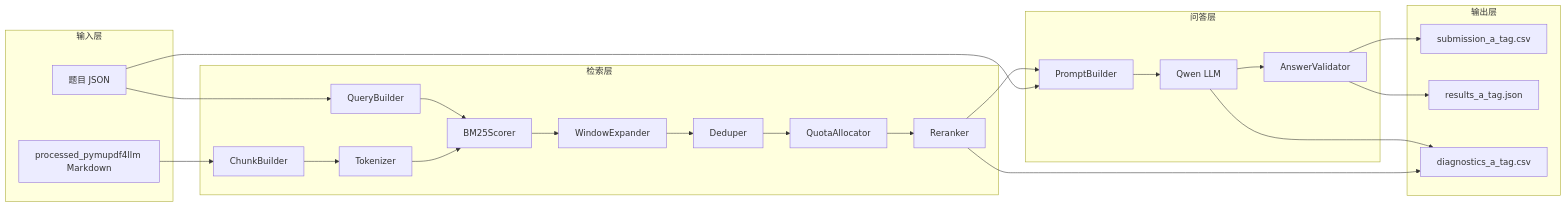
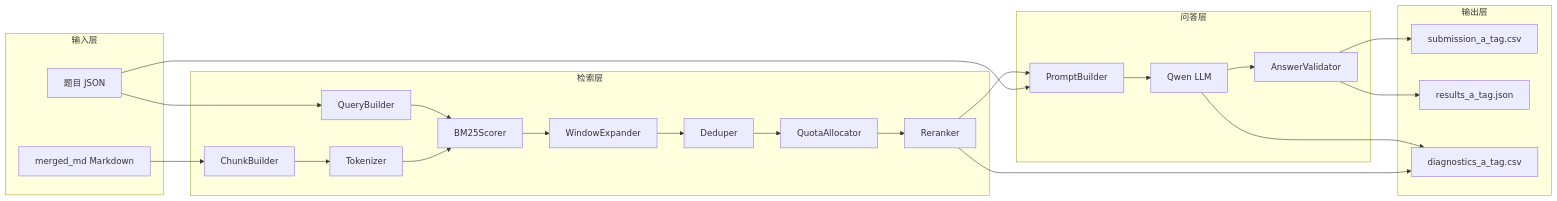
Before and after one commit to wuExin/afac2026-financial-qa: the second of 4 diagrams in docs/bm25_retrieval_design.md, drawn with Mermaid. The commit also changed other lines of this file and 9 other files, not shown here.

````diff
--- a/docs/bm25_retrieval_design.md
+++ b/docs/bm25_retrieval_design.md
@@ -67,48 +67,48 @@
 ```mermaid
 flowchart LR
     subgraph Input[输入层]
         I1[题目 JSON]
-        I2[processed_pymupdf4llm Markdown]
+        I2[merged_md Markdown]
     end
 
     subgraph Retrieval[检索层]
         R1[ChunkBuilder]
         R2[Tokenizer]
         R3[QueryBuilder]
         R4[BM25Scorer]
         R5[WindowExpander]
         R6[Deduper]
         R7[QuotaAllocator]
         R8[Reranker]
     end
 
     subgraph QA[问答层]
         A1[PromptBuilder]
         A2[Qwen LLM]
         A3[AnswerValidator]
     end
 
     subgraph Output[输出层]
         O1[submission_a_tag.csv]
         O2[results_a_tag.json]
         O3[diagnostics_a_tag.csv]
     end
 
     I1 --> R3
     I1 --> A1
     I2 --> R1
     R1 --> R2
     R2 --> R4
     R3 --> R4
     R4 --> R5
     R5 --> R6
     R6 --> R7
     R7 --> R8
     R8 --> A1
     A1 --> A2
     A2 --> A3
     A3 --> O1
     A3 --> O2
     R8 --> O3
     A2 --> O3
 ```
````
